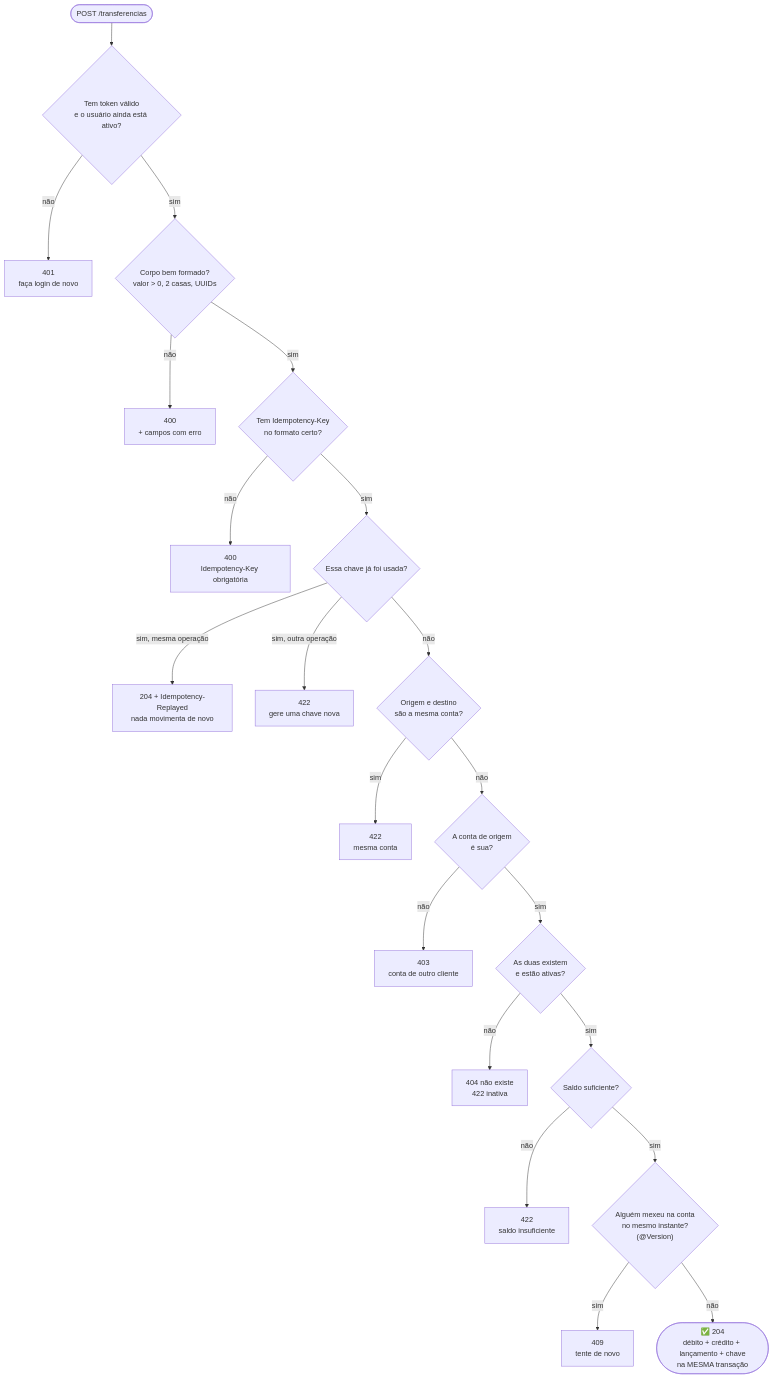
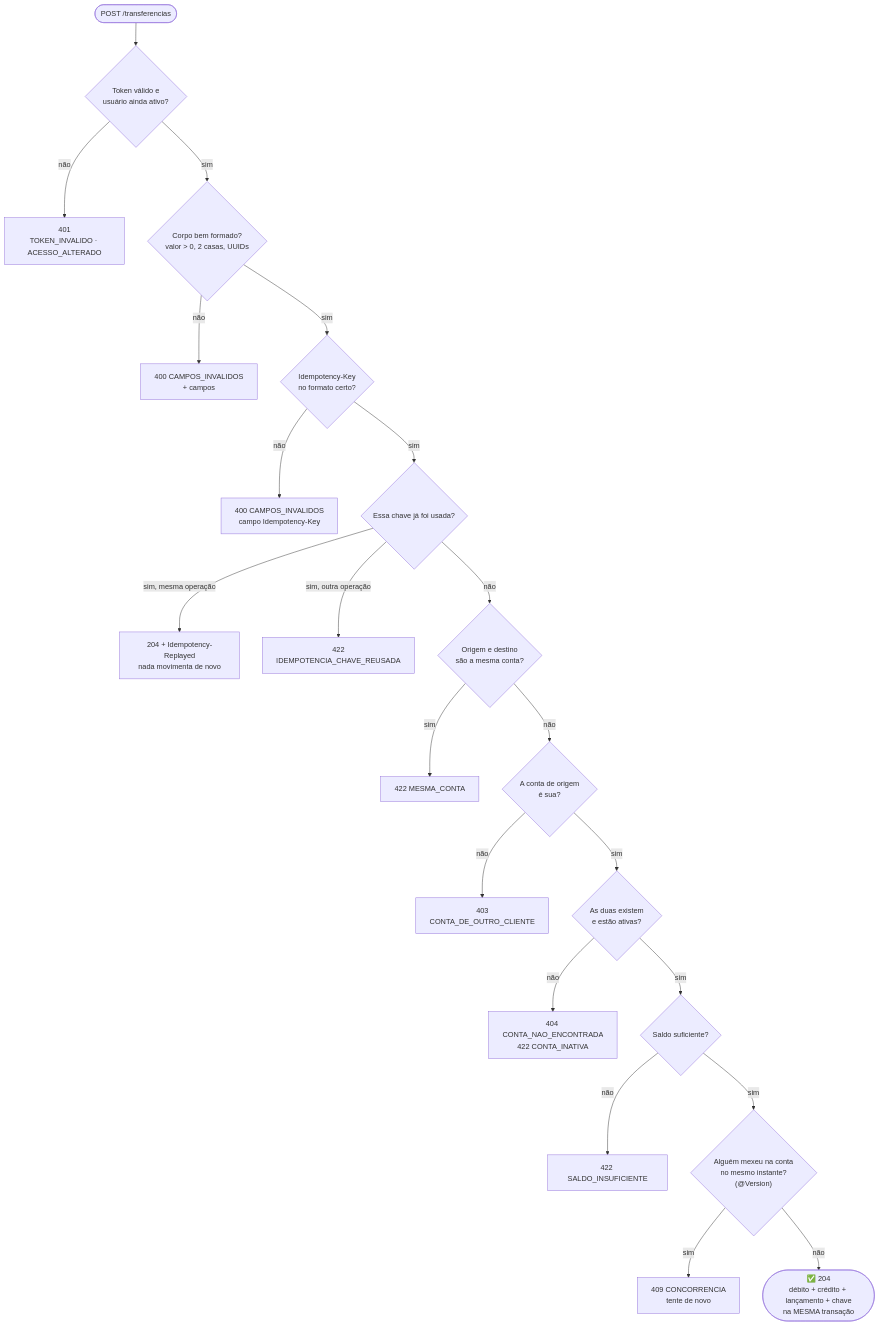
One commit to k3vinrich4rd/rkf_bank changed the third of 11 diagrams in FLUXOS.md. Above: the diagram before and after it, drawn with Mermaid. The commit also changed other lines of this file and 19 other files, not shown here.

````diff
--- a/FLUXOS.md
+++ b/FLUXOS.md
@@ -93,23 +197,23 @@
 ```mermaid
 flowchart TD
-    S(["POST /transferencias"]) --> Q1{"Tem token válido<br/>e o usuário ainda está ativo?"}
-    Q1 -- não --> R401["401<br/>faça login de novo"]
+    S(["POST /transferencias"]) --> Q1{"Token válido e<br/>usuário ainda ativo?"}
+    Q1 -- não --> R401["401<br/>TOKEN_INVALIDO · ACESSO_ALTERADO"]
     Q1 -- sim --> Q2{"Corpo bem formado?<br/>valor > 0, 2 casas, UUIDs"}
-    Q2 -- não --> R400["400<br/>+ campos com erro"]
-    Q2 -- sim --> Q3{"Tem Idempotency-Key<br/>no formato certo?"}
-    Q3 -- não --> R400b["400<br/>Idempotency-Key obrigatória"]
+    Q2 -- não --> R400["400 CAMPOS_INVALIDOS<br/>+ campos"]
+    Q2 -- sim --> Q3{"Idempotency-Key<br/>no formato certo?"}
+    Q3 -- não --> R400b["400 CAMPOS_INVALIDOS<br/>campo Idempotency-Key"]
     Q3 -- sim --> Q4{"Essa chave já foi usada?"}
     Q4 -- "sim, mesma operação" --> R204r["204 + Idempotency-Replayed<br/>nada movimenta de novo"]
-    Q4 -- "sim, outra operação" --> R422k["422<br/>gere uma chave nova"]
+    Q4 -- "sim, outra operação" --> R422k["422<br/>IDEMPOTENCIA_CHAVE_REUSADA"]
     Q4 -- não --> Q5{"Origem e destino<br/>são a mesma conta?"}
-    Q5 -- sim --> R422m["422<br/>mesma conta"]
+    Q5 -- sim --> R422m["422 MESMA_CONTA"]
     Q5 -- não --> Q6{"A conta de origem<br/>é sua?"}
-    Q6 -- não --> R403["403<br/>conta de outro cliente"]
+    Q6 -- não --> R403["403<br/>CONTA_DE_OUTRO_CLIENTE"]
     Q6 -- sim --> Q7{"As duas existem<br/>e estão ativas?"}
-    Q7 -- não --> R404["404 não existe<br/>422 inativa"]
+    Q7 -- não --> R404["404 CONTA_NAO_ENCONTRADA<br/>422 CONTA_INATIVA"]
     Q7 -- sim --> Q8{"Saldo suficiente?"}
-    Q8 -- não --> R422s["422<br/>saldo insuficiente"]
+    Q8 -- não --> R422s["422 SALDO_INSUFICIENTE"]
     Q8 -- sim --> Q9{"Alguém mexeu na conta<br/>no mesmo instante?<br/>(@Version)"}
-    Q9 -- sim --> R409["409<br/>tente de novo"]
+    Q9 -- sim --> R409["409 CONCORRENCIA<br/>tente de novo"]
     Q9 -- não --> OK(["✅ 204<br/>débito + crédito + lançamento + chave<br/>na MESMA transação"])
 ```
````
